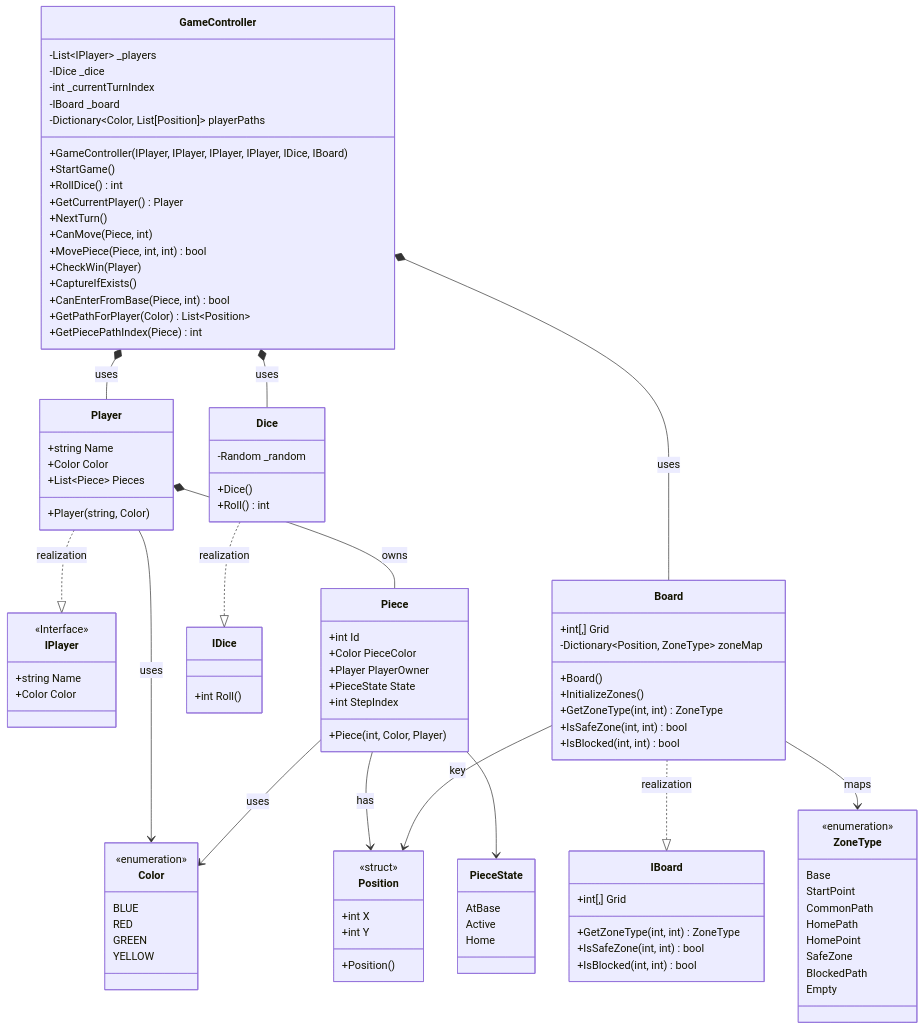
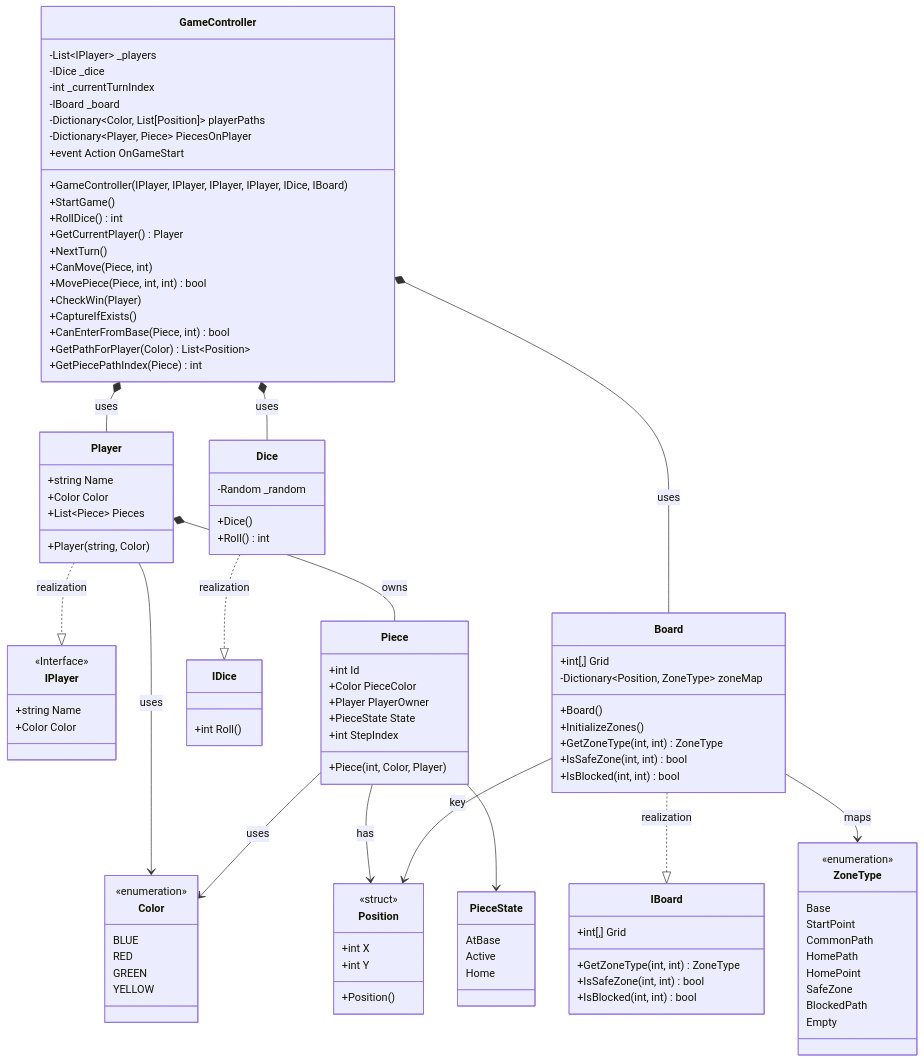
Before and after one commit to Masdikaa/Masdika-Bootcamp-SE-Formulatrix: the diagram in Ludo/ClassDiagram.mmd, drawn with Mermaid. The commit also changed 14 other files, not shown here.

```diff
--- a/Ludo/ClassDiagram.mmd
+++ b/Ludo/ClassDiagram.mmd
@@ -1,124 +1,125 @@
 classDiagram
 
     class GameController {
         -List~IPlayer~ _players
         -IDice _dice
         -int _currentTurnIndex
         -IBoard _board
         %% Dictionary<Color, List<Position>>
         -Dictionary~Color, List[Position]~ playerPaths
+        -Dictionary~Player, Piece~ PiecesOnPlayer
 
         +GameController(IPlayer, IPlayer, IPlayer, IPlayer, IDice, IBoard)
         +StartGame()
         +RollDice() int
         +GetCurrentPlayer() Player
         +NextTurn()
         +CanMove(Piece, int)
         +MovePiece(Piece, int, int) bool
         +CheckWin(Player)
         +CaptureIfExists()
         +CanEnterFromBase(Piece, int) bool
         +GetPathForPlayer(Color) List~Position~
         +GetPiecePathIndex(Piece) int
-
+        +event Action OnGameStart
     }
 
     class IPlayer {
         <<Interface>>
         +string Name
         +Color Color
     }
 
     class Player {
         +string Name
         +Color Color
         +List~Piece~ Pieces
         +Player(string, Color)
     }
 
     class Piece {
         +int Id
         +Color PieceColor
         +Player PlayerOwner
         +PieceState State
         +int StepIndex
         +Piece(int, Color, Player)
     }
 
     class IDice {
         +int Roll()
     }
 
     class Dice {
         -Random _random
         +Dice()
         +Roll() int
     }
 
     class IBoard{
         +int[,] Grid
         +GetZoneType(int, int) ZoneType
         +IsSafeZone(int, int) bool
         +IsBlocked(int, int) bool
     }
 
     class Board{
-        +int[,] Grid
+        +int[,] Grid    
         -Dictionary~Position, ZoneType~ zoneMap
         +Board()
         +InitializeZones()
         +GetZoneType(int, int) ZoneType
         +IsSafeZone(int, int) bool
         +IsBlocked(int, int) bool
     }
 
     class Position {
         <<struct>>
         +int X
         +int Y
         +Position()
     }
 
     class Color {
         <<enumeration>>
         BLUE
         RED
         GREEN
         YELLOW
     }
 
     class ZoneType {
         <<enumeration>>
         Base
         StartPoint
         CommonPath
         HomePath
         HomePoint
         SafeZone
         BlockedPath
         Empty
     }
 
     class PieceState{
         AtBase
         Active
         Home
     }
 
     %% PlayerSection
     GameController *-- Player : uses
     %% GameController *-- IPlayer : uses
     Player ..|> IPlayer : realization
     Player --> Color : uses
     Player *-- Piece : owns
     %% Piece --> Player : references
     Piece --> Color : uses
     Dice ..|> IDice : realization
     GameController *-- Dice : uses
     %% GameController *-- IDice : uses
     Board ..|> IBoard : realization 
     GameController *-- Board : uses
     Piece --> Position : has
     Board --> ZoneType : maps
     Board --> Position : key
     Piece --> PieceState
```
